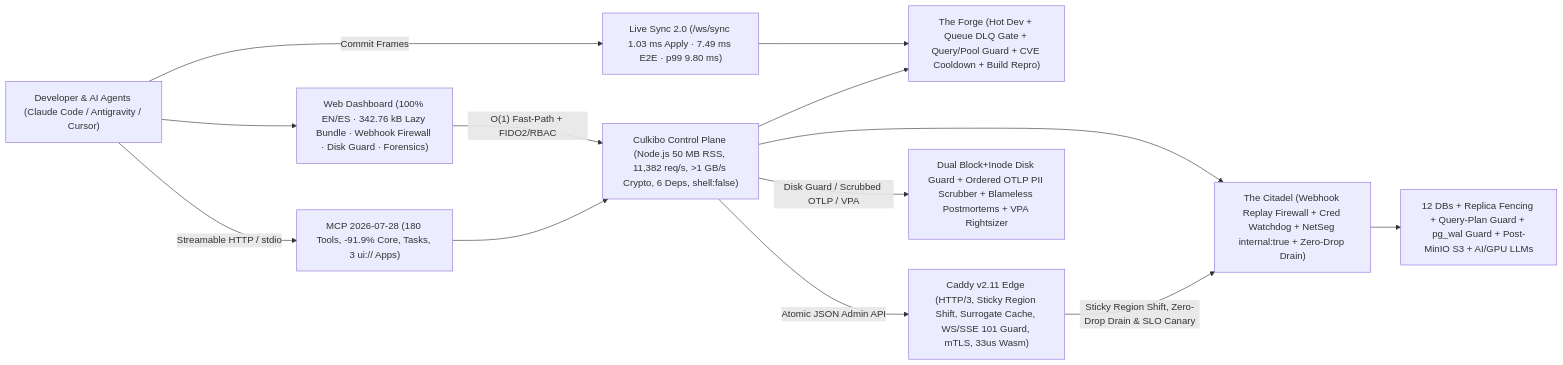
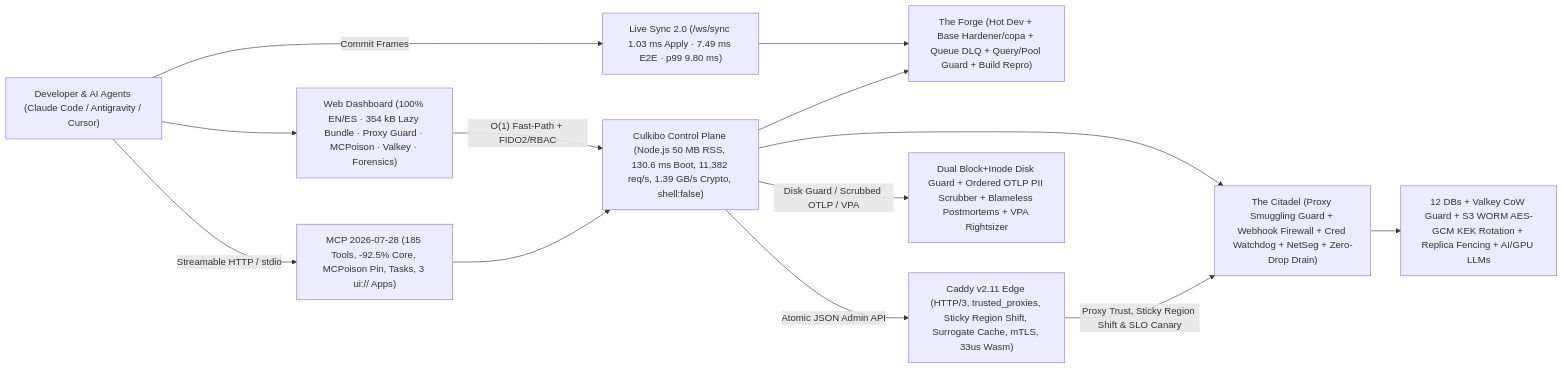
Before and after one commit to macaqueboy/culkibo: the diagram in README.md, drawn with Mermaid. The commit also changed other lines of this file and 27 other files, not shown here.

Commit message:
feat(cycle-20): 185 MCP Tools (-92.6% Core), 83 Suites & 50 MB RAM across 126+ services — proxy trust/smuggling, Valkey guard, copa/Distroless hardener, WORM AES-GCM KEK & MCPoison guard

````diff
--- a/README.md
+++ b/README.md
@@ -193,26 +193,26 @@
 ```mermaid
 flowchart LR
     Dev["Developer & AI Agents (Claude Code / Antigravity / Cursor)"]
-    UI["Web Dashboard (100% EN/ES · 342.76 kB Lazy Bundle · Webhook Firewall · Disk Guard · Forensics)"]
-    MCP["MCP 2026-07-28 (180 Tools, -91.9% Core, Tasks, 3 ui:// Apps)"]
+    UI["Web Dashboard (100% EN/ES · 354 kB Lazy Bundle · Proxy Guard · MCPoison · Valkey · Forensics)"]
+    MCP["MCP 2026-07-28 (185 Tools, -92.5% Core, MCPoison Pin, Tasks, 3 ui:// Apps)"]
     Sync["Live Sync 2.0 (/ws/sync 1.03 ms Apply · 7.49 ms E2E · p99 9.80 ms)"]
-    CP["Culkibo Control Plane (Node.js 50 MB RSS, 11,382 req/s, >1 GB/s Crypto, 6 Deps, shell:false)"]
-    Forge["The Forge (Hot Dev + Queue DLQ Gate + Query/Pool Guard + CVE Cooldown + Build Repro)"]
-    Citadel["The Citadel (Webhook Replay Firewall + Cred Watchdog + NetSeg internal:true + Zero-Drop Drain)"]
-    Caddy["Caddy v2.11 Edge (HTTP/3, Sticky Region Shift, Surrogate Cache, WS/SSE 101 Guard, mTLS, 33us Wasm)"]
+    CP["Culkibo Control Plane (Node.js 50 MB RSS, 130.6 ms Boot, 11,382 req/s, 1.39 GB/s Crypto, shell:false)"]
+    Forge["The Forge (Hot Dev + Base Hardener/copa + Queue DLQ + Query/Pool Guard + Build Repro)"]
+    Citadel["The Citadel (Proxy Smuggling Guard + Webhook Firewall + Cred Watchdog + NetSeg + Zero-Drop Drain)"]
+    Caddy["Caddy v2.11 Edge (HTTP/3, trusted_proxies, Sticky Region Shift, Surrogate Cache, mTLS, 33us Wasm)"]
     Obs["Dual Block+Inode Disk Guard + Ordered OTLP PII Scrubber + Blameless Postmortems + VPA Rightsizer"]
-    Data["12 DBs + Replica Fencing + Query-Plan Guard + pg_wal Guard + Post-MinIO S3 + AI/GPU LLMs"]
+    Data["12 DBs + Valkey CoW Guard + S3 WORM AES-GCM KEK Rotation + Replica Fencing + AI/GPU LLMs"]
 
     Dev -->|"Streamable HTTP / stdio"| MCP
     Dev -->|"Commit Frames"| Sync
     Dev --> UI
     UI -->|"O(1) Fast-Path + FIDO2/RBAC"| CP
     MCP --> CP
     Sync --> Forge
     CP --> Forge
     CP --> Citadel
     CP -->|"Atomic JSON Admin API"| Caddy
     CP -->|"Disk Guard / Scrubbed OTLP / VPA"| Obs
     Citadel --> Data
-    Caddy -->|"Sticky Region Shift, Zero-Drop Drain & SLO Canary"| Citadel
+    Caddy -->|"Proxy Trust, Sticky Region Shift & SLO Canary"| Citadel
 ```
````
